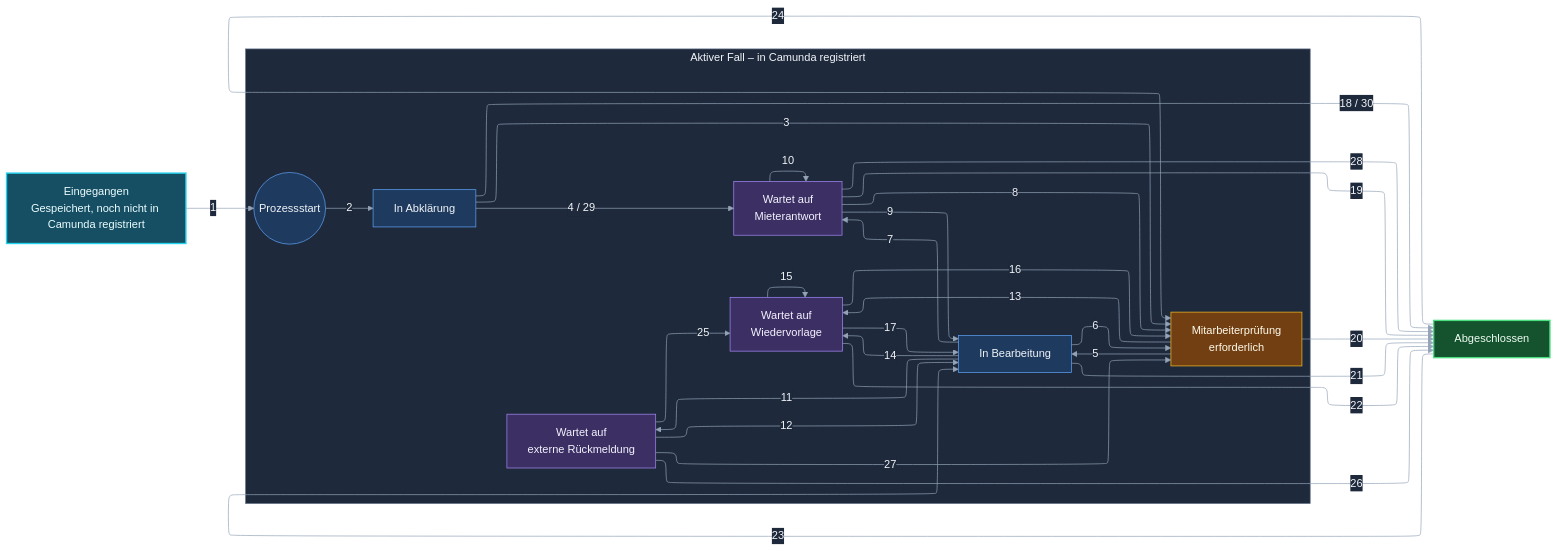
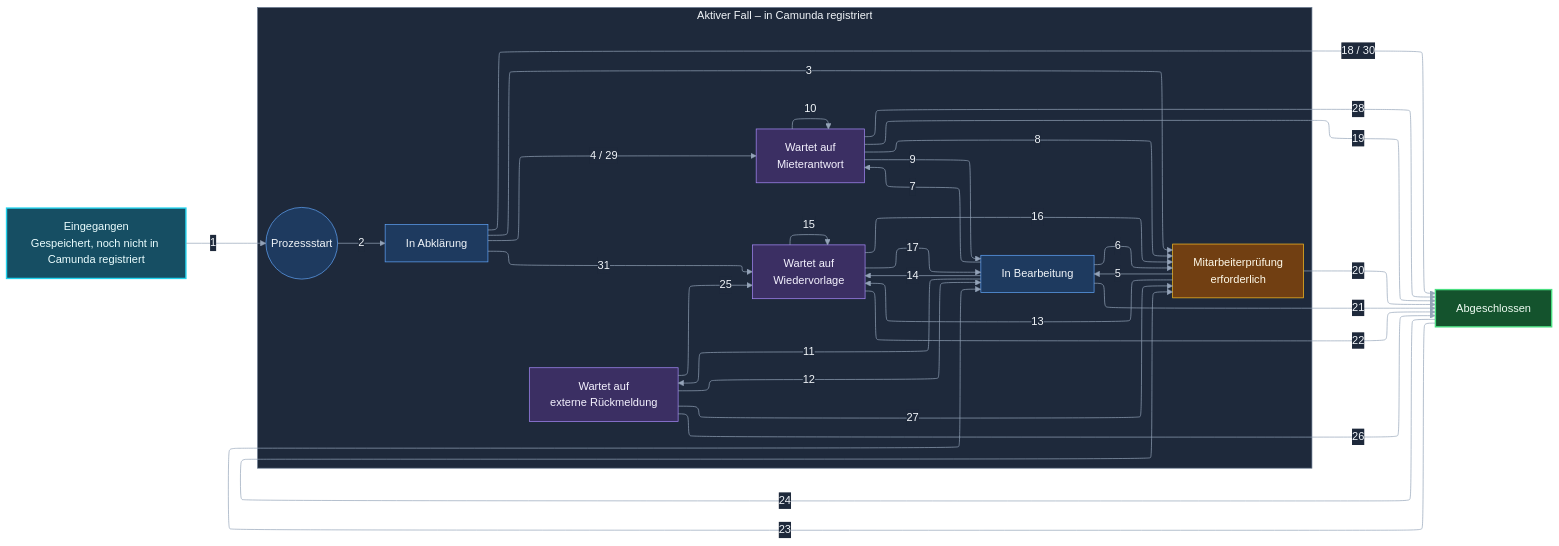
The diagram in docs/specifications/fallverwaltung.md (permarco/propertyflow), drawn with Mermaid before and after one commit. The commit also changed other lines of this file and 6 other files, not shown here.

````diff
--- a/docs/specifications/fallverwaltung.md
+++ b/docs/specifications/fallverwaltung.md
@@ -96,59 +96,60 @@
 ```mermaid
 %%{init: {"flowchart":{"curve":"basis","nodeSpacing":42,"rankSpacing":55},"layout":"elk","theme": "base", "themeVariables": {"darkMode": true, "background": "#0f172a", "primaryColor": "#1e3a5f", "primaryTextColor": "#f1f5f9", "primaryBorderColor": "#60a5fa", "lineColor": "#94a3b8", "textColor": "#f1f5f9", "edgeLabelBackground": "#1e293b", "clusterBkg": "#1e293b", "clusterBorder": "#64748b"}}}%%
 flowchart LR
     E["Eingegangen<br/>Gespeichert, noch nicht in Camunda registriert"]
     subgraph Aktiv["Aktiver Fall – in Camunda registriert"]
         direction LR
         Start(("Prozessstart"))
         A["In Abklärung"]
         M["Wartet auf<br/>Mieterantwort"]
         X["Wartet auf<br/>externe Rückmeldung"]
         W["Wartet auf<br/>Wiedervorlage"]
         B["In Bearbeitung"]
         P["Mitarbeiterprüfung<br/>erforderlich"]
     end
     Z["Abgeschlossen"]
     E -->|"1"| Start
     Start -->|"2"| A
     A -->|"4 / 29"| M
     M -->|"9"| B
     W -->|"17"| B
     B -->|"6"| P
     A -->|"3"| P
     P -->|"5"| B
     B -->|"7"| M
     M -->|"8"| P
     M -->|"10"| M
     B -->|"11"| X
     X -->|"12"| B
     X -->|"25"| W
     X -->|"26"| Z
     X -->|"27"| P
     M -->|"28"| Z
     P -->|"13"| W
     B -->|"14"| W
     W -->|"15"| W
     W -->|"16"| P
     A -->|"18 / 30"| Z
+    A -->|"31"| W
     M -->|"19"| Z
     P -->|"20"| Z
     B -->|"21"| Z
     W -->|"22"| Z
     Z -->|"23"| B
     Z -->|"24"| P
     %% Unsichtbare Verbindungen richten die Wartezustände aus.
     A ~~~ X
     A ~~~ W
     X ~~~ B
     M ~~~ B
     W ~~~ B
     classDef processing fill:#1e3a5f,stroke:#60a5fa,color:#f1f5f9
     classDef waiting fill:#3b2f63,stroke:#a78bfa,color:#f5f3ff
     classDef review fill:#713f12,stroke:#fbbf24,color:#fffbeb
     class A,B,Start processing
     class M,X,W waiting
     class P review
     style E fill:#164e63,stroke:#22d3ee,color:#ecfeff,stroke-width:2px
     style Z fill:#14532d,stroke:#4ade80,color:#f0fdf4,stroke-width:2px
     style Aktiv fill:#1e293b,stroke:#64748b,color:#f1f5f9
 ```
````
